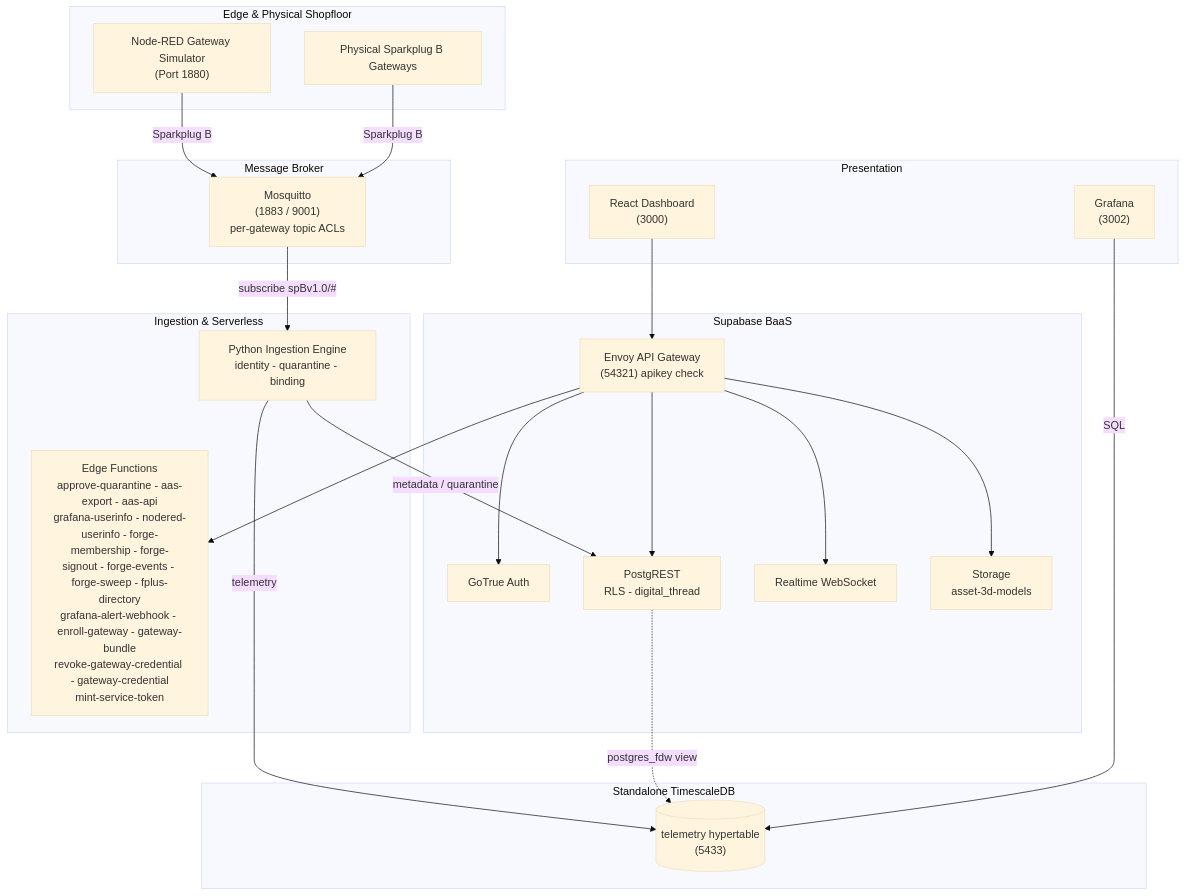
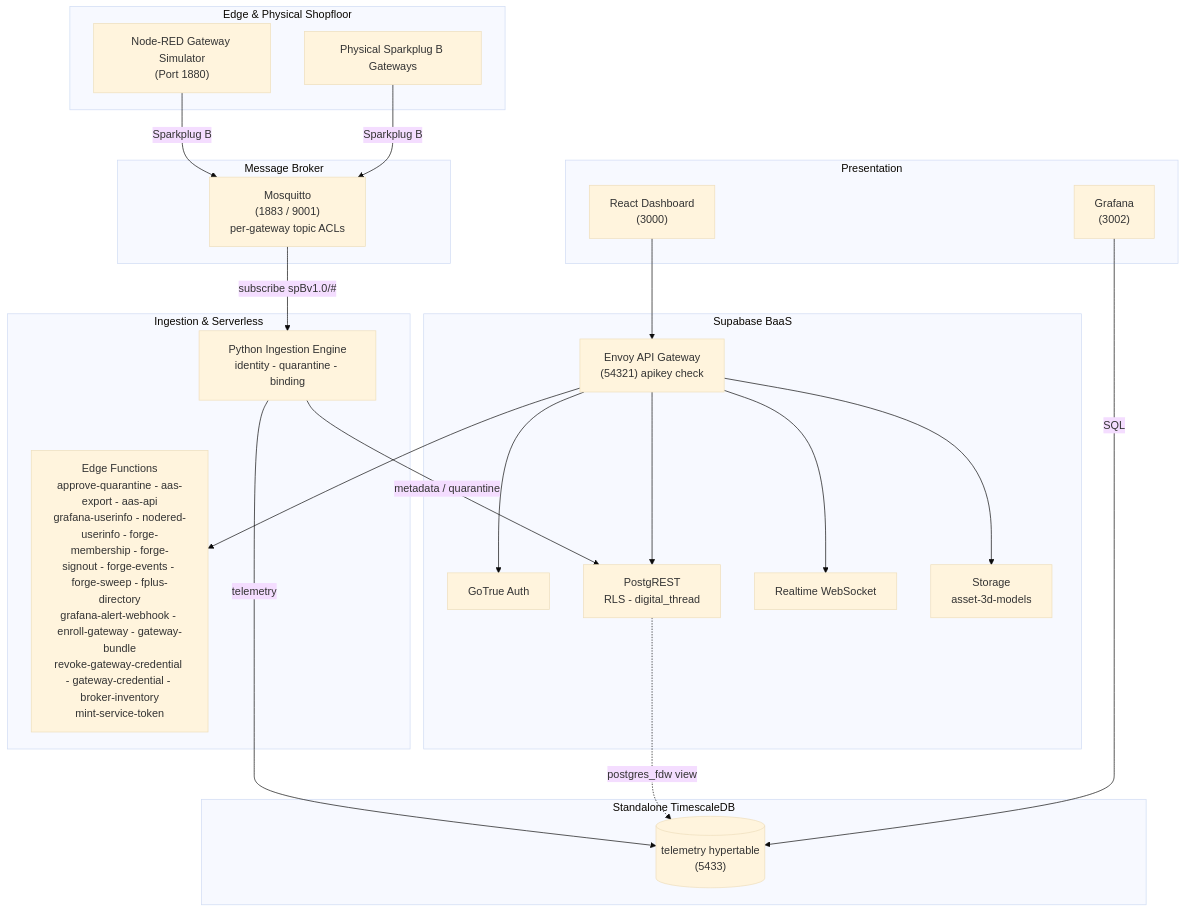
One commit to Harri-Llewelyn/Aber changed the diagram in README.md. Above: the diagram before and after it, drawn with Mermaid (base theme). The commit also changed other lines of this file and 96 other files, not shown here.

````diff
--- a/README.md
+++ b/README.md
@@ -31,47 +31,47 @@
 ```mermaid
 flowchart TB
     subgraph Edge ["Edge & Physical Shopfloor"]
         NR["Node-RED Gateway Simulator<br/>(Port 1880)"]
         DEV["Physical Sparkplug B Gateways"]
     end
 
     subgraph Messaging ["Message Broker"]
         MQTT["Mosquitto<br/>(1883 / 9001)<br/>per-gateway topic ACLs"]
     end
 
     subgraph Processing ["Ingestion & Serverless"]
         ING["Python Ingestion Engine<br/>identity - quarantine - binding"]
-        EF["Edge Functions<br/>approve-quarantine - aas-export - aas-api<br/>grafana-userinfo - nodered-userinfo - forge-membership - forge-signout - forge-events - forge-sweep - fplus-directory<br/>grafana-alert-webhook - enroll-gateway - gateway-bundle<br/>revoke-gateway-credential - gateway-credential<br/>mint-service-token"]
+        EF["Edge Functions<br/>approve-quarantine - aas-export - aas-api<br/>grafana-userinfo - nodered-userinfo - forge-membership - forge-signout - forge-events - forge-sweep - fplus-directory<br/>grafana-alert-webhook - enroll-gateway - gateway-bundle<br/>revoke-gateway-credential - gateway-credential - broker-inventory<br/>mint-service-token"]
     end
 
     subgraph Supabase ["Supabase BaaS"]
         GW["Envoy API Gateway<br/>(54321) apikey check"]
         AUTH["GoTrue Auth"]
         PGRST["PostgREST<br/>RLS - digital_thread"]
         RT["Realtime WebSocket"]
         STO["Storage<br/>asset-3d-models"]
     end
 
     subgraph TSDB ["Standalone TimescaleDB"]
         TS[("telemetry hypertable<br/>(5433)")]
     end
 
     subgraph UX ["Presentation"]
         UI["React Dashboard<br/>(3000)"]
         GRAF["Grafana<br/>(3002)"]
     end
 
     NR -->|Sparkplug B| MQTT
     DEV -->|Sparkplug B| MQTT
     MQTT -->|subscribe spBv1.0/#| ING
     ING -->|metadata / quarantine| PGRST
     ING -->|telemetry| TS
     UI --> GW
     GW --> AUTH
     GW --> PGRST
     GW --> RT
     GW --> STO
     GW --> EF
     PGRST -.->|postgres_fdw view| TS
     GRAF -->|SQL| TS
 ```
````
